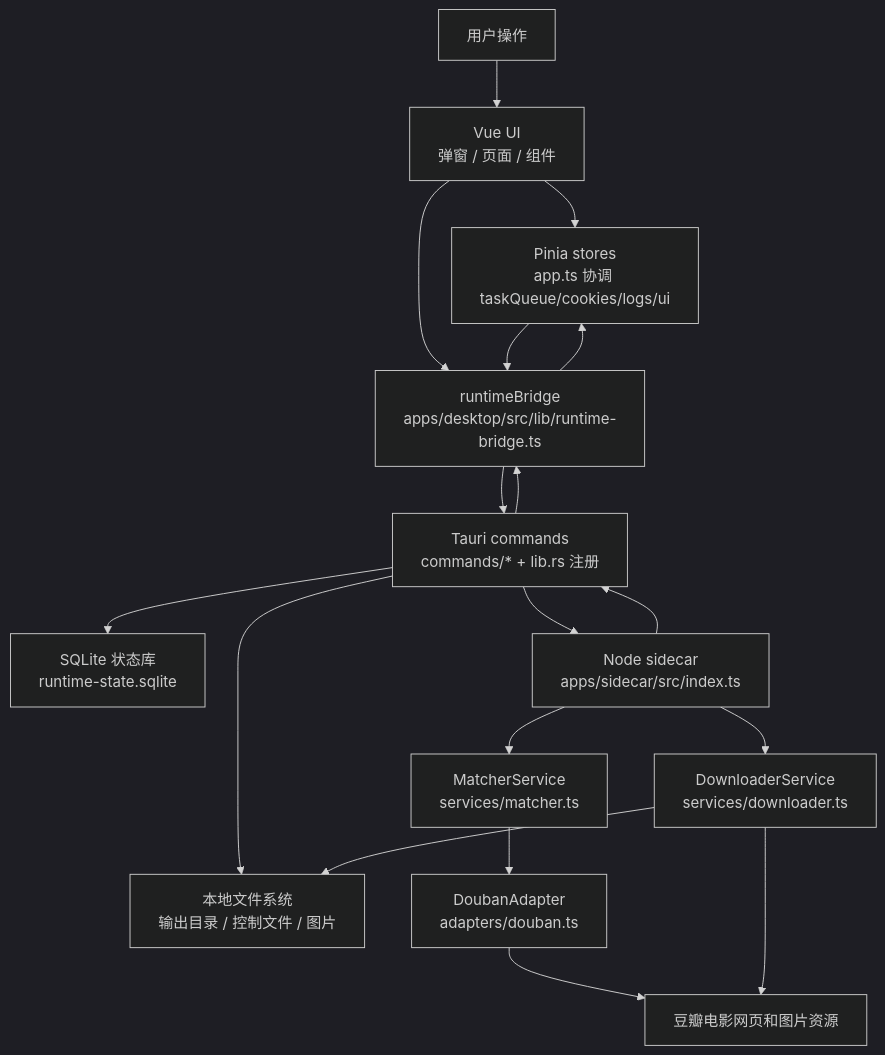
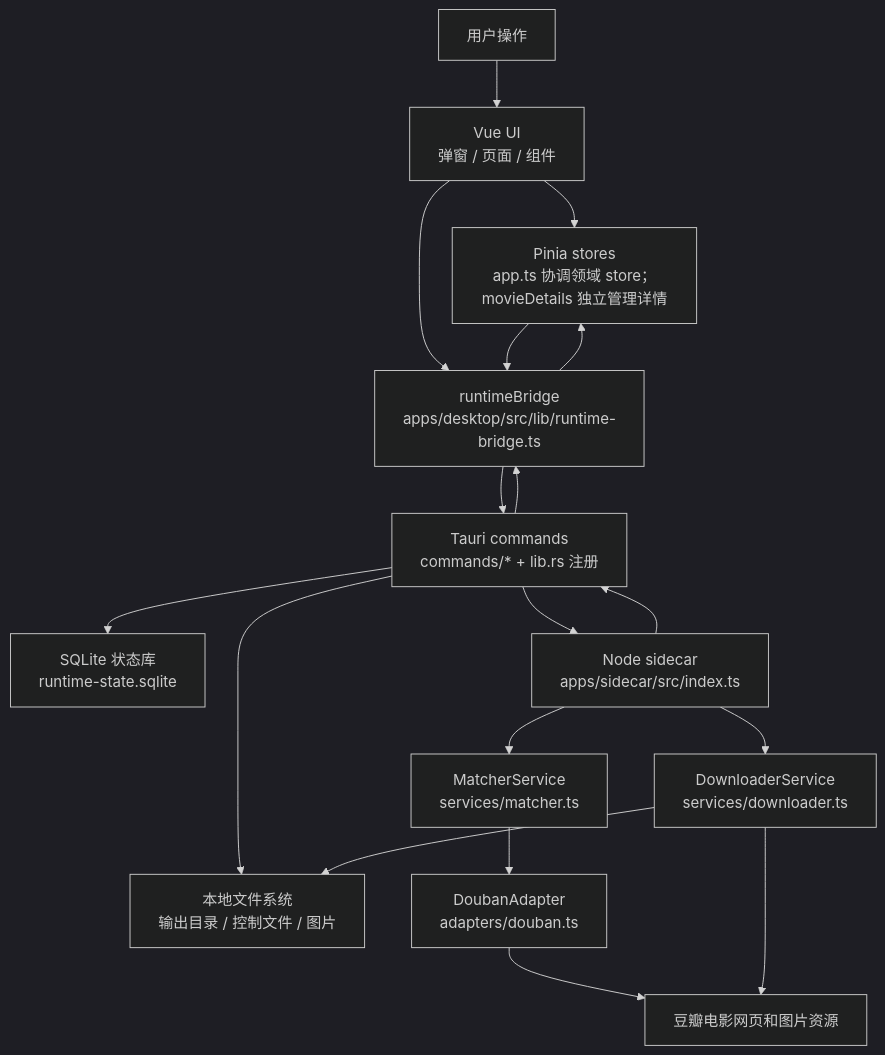
The diagram in docs/ai-context/project-map.md (vdbvxcbcb/movie-cover-downloader), drawn with Mermaid (dark theme) before and after one commit. The commit also changed other lines of this file and 6 other files, not shown here.

````diff
--- a/docs/ai-context/project-map.md
+++ b/docs/ai-context/project-map.md
@@ -30,33 +30,33 @@
 ```mermaid
 flowchart TB
   User["用户操作"]
   UI["Vue UI\n弹窗 / 页面 / 组件"]
-  Store["Pinia stores\napp.ts 协调 taskQueue/cookies/logs/ui"]
+  Store["Pinia stores\napp.ts 协调领域 store；movieDetails 独立管理详情"]
   Bridge["runtimeBridge\napps/desktop/src/lib/runtime-bridge.ts"]
   Tauri["Tauri commands\ncommands/* + lib.rs 注册"]
   SQLite["SQLite 状态库\nruntime-state.sqlite"]
   FS["本地文件系统\n输出目录 / 控制文件 / 图片"]
   Sidecar["Node sidecar\napps/sidecar/src/index.ts"]
   Matcher["MatcherService\nservices/matcher.ts"]
   Adapter["DoubanAdapter\nadapters/douban.ts"]
   Downloader["DownloaderService\nservices/downloader.ts"]
   Douban["豆瓣电影网页和图片资源"]
 
   User --> UI
   UI --> Store
   UI --> Bridge
   Store --> Bridge
   Bridge --> Tauri
   Tauri --> SQLite
   Tauri --> FS
   Tauri --> Sidecar
   Sidecar --> Matcher
   Matcher --> Adapter
   Adapter --> Douban
   Sidecar --> Downloader
   Downloader --> Douban
   Downloader --> FS
   Sidecar --> Tauri
   Tauri --> Bridge
   Bridge --> Store
 ```
````
